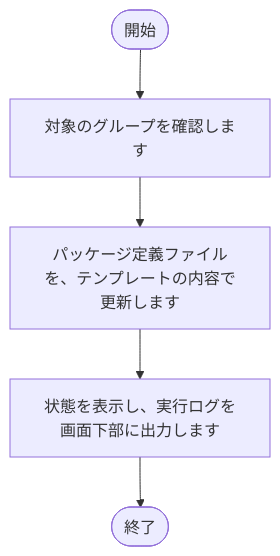
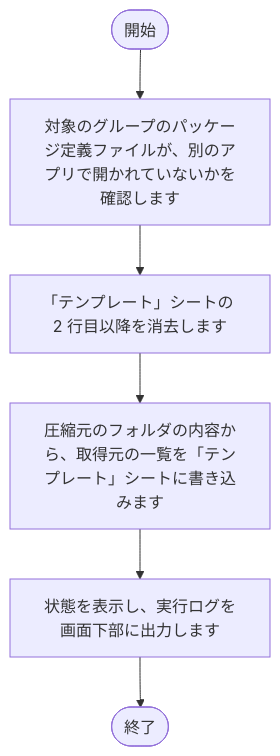
Diagram 12 of 12 in tool/package-generator/doc/02_設計/処理フロー.md (nishida2073/project_management), drawn with Mermaid before and after one commit. The commit also changed other lines of this file and 16 other files, not shown here.

````diff
--- a/tool/package-generator/doc/02_設計/処理フロー.md
+++ b/tool/package-generator/doc/02_設計/処理フロー.md
@@ -265,12 +303,14 @@
 ```mermaid
 flowchart TD
     S(["開始"])
     E(["終了"])
-    N1["対象のグループを確認します"]
+    N1["対象のグループのパッケージ定義ファイルが、別のアプリで開かれていないかを確認します"]
     S --> N1
-    N2["パッケージ定義ファイルを、テンプレートの内容で更新します"]
+    N2["「テンプレート」シートの 2 行目以降を消去します"]
     N1 --> N2
-    N3["状態を表示し、実行ログを画面下部に出力します"]
+    N3["圧縮元のフォルダの内容から、取得元の一覧を「テンプレート」シートに書き込みます"]
     N2 --> N3
-    N3 --> E
+    N4["状態を表示し、実行ログを画面下部に出力します"]
+    N3 --> N4
+    N4 --> E
 ```
````
